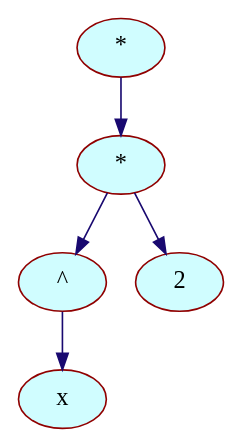
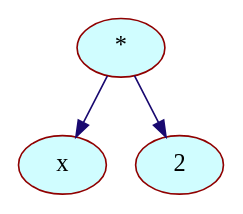
The diagram in graphdump.dot (Agustangel/Differentiator), drawn with Graphviz before and after one commit. The commit also changed 2 other files, not shown here.

```diff
--- a/graphdump.dot
+++ b/graphdump.dot
@@ -1,18 +1,12 @@
 digraph {
 	node[shape = "cube", color = "#800000", fontsize = 15, style = "filled", fillcolor = "#88CEFA"];
 	edge[color = "#190970", fontsize = 11];
 
-		"*_0x55b6c2d47700"[shape = "ellipse", label = "*", color="#900000",                                style="filled", fillcolor = "#D0FDFF"];
-		"*_0x55b6c2d47700"->"*_0x55b6c2d476c0";
+		"*_0x561669acf700"[shape = "ellipse", label = "*", color="#900000",                                style="filled", fillcolor = "#D0FDFF"];
+		"*_0x561669acf700"->"x_0x561669acf680";
 
-		"*_0x55b6c2d476c0"[shape = "ellipse", label = "*", color="#900000",                                style="filled", fillcolor = "#D0FDFF"];
-		"*_0x55b6c2d476c0"->"^_0x55b6c2d47680";
+		"x_0x561669acf680"[shape = "ellipse", label = "x", color="#900000", style="filled",                            fillcolor = "#D0FDFF"];
+		"*_0x561669acf700"->"2_0x561669acf580";
 
-		"^_0x55b6c2d47680"[shape = "ellipse", label = "^", color="#900000",                                style="filled", fillcolor = "#D0FDFF"];
-		"^_0x55b6c2d47680"->"x_0x55b6c2d47480";
-
-		"x_0x55b6c2d47480"[shape = "ellipse", label = "x", color="#900000", style="filled",                            fillcolor = "#D0FDFF"];
-		"*_0x55b6c2d476c0"->"2_0x55b6c2d47580";
-
-		"2_0x55b6c2d47580"[shape = "ellipse", label = "2", color="#900000", style="filled",                            fillcolor = "#D0FDFF"];
+		"2_0x561669acf580"[shape = "ellipse", label = "2", color="#900000", style="filled",                            fillcolor = "#D0FDFF"];
 }
```
